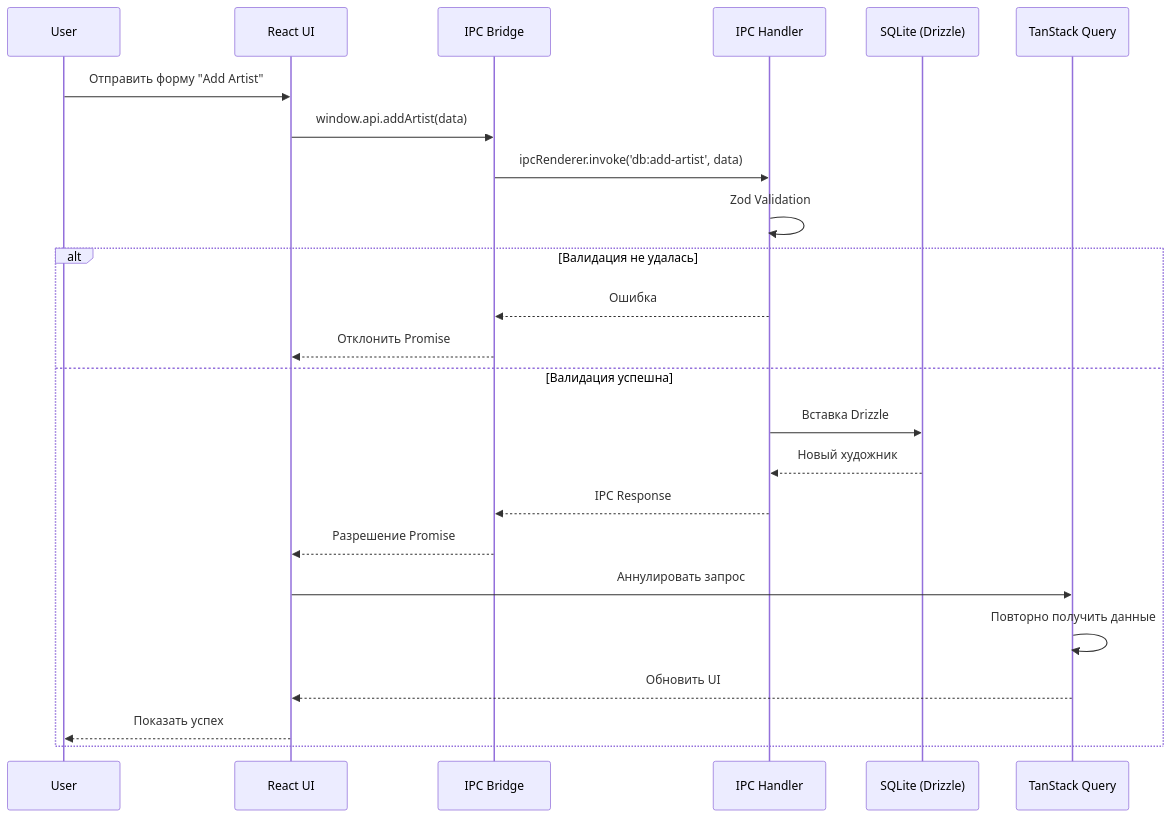
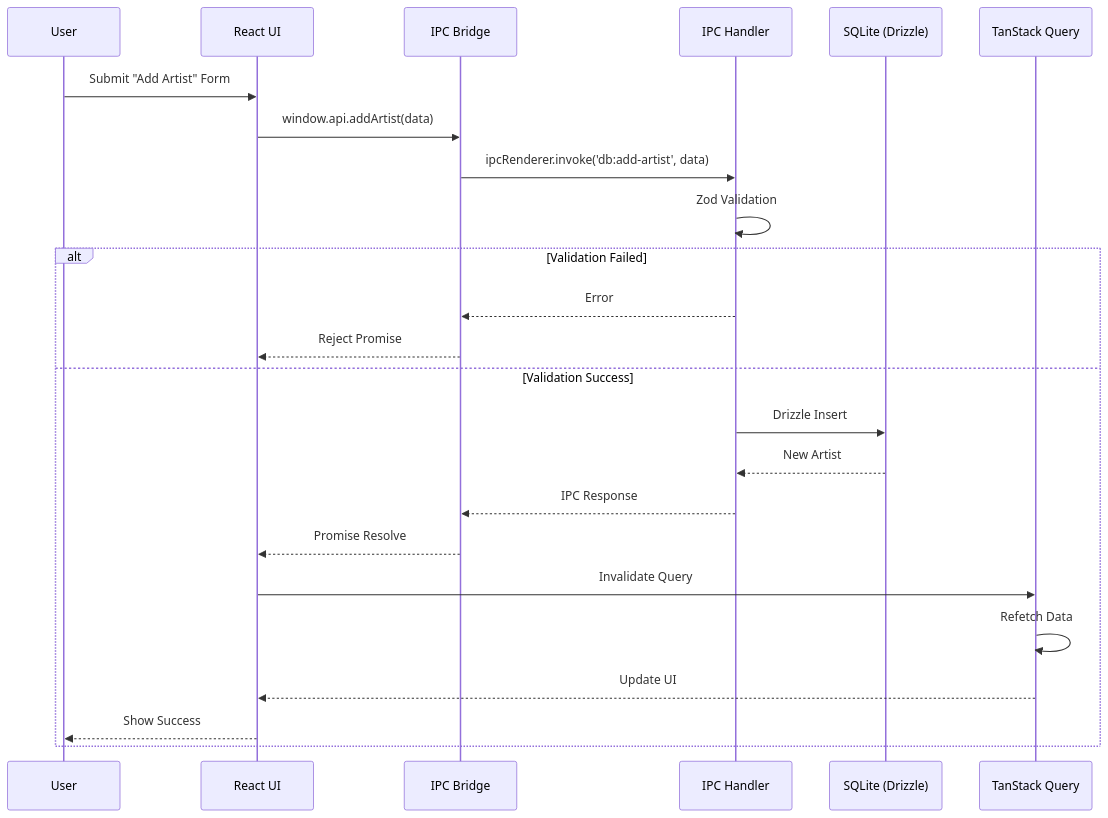
Before and after one commit to KazeKaze93/RuleDesk: the eighth of 11 diagrams in .docs-i18n/ru/docs/architecture.md, drawn with Mermaid. The commit also changed other lines of this file and 8 other files, not shown here.

````diff
--- a/.docs-i18n/ru/docs/architecture.md
+++ b/.docs-i18n/ru/docs/architecture.md
@@ -916,27 +925,27 @@
 ```mermaid
 sequenceDiagram
     participant User
     participant ReactUI as React UI
     participant Bridge as IPC Bridge
     participant IPC as IPC Handler
     participant DB as SQLite (Drizzle)
     participant ReactQuery as TanStack Query
 
-    User->>ReactUI: Отправить форму "Add Artist"
+    User->>ReactUI: Submit "Add Artist" Form
     ReactUI->>Bridge: window.api.addArtist(data)
     Bridge->>IPC: ipcRenderer.invoke('db:add-artist', data)
     IPC->>IPC: Zod Validation
-    alt Валидация не удалась
-        IPC-->>Bridge: Ошибка
-        Bridge-->>ReactUI: Отклонить Promise
-    else Валидация успешна
-        IPC->>DB: Вставка Drizzle
-        DB-->>IPC: Новый художник
+    alt Validation Failed
+        IPC-->>Bridge: Error
+        Bridge-->>ReactUI: Reject Promise
+    else Validation Success
+        IPC->>DB: Drizzle Insert
+        DB-->>IPC: New Artist
         IPC-->>Bridge: IPC Response
-        Bridge-->>ReactUI: Разрешение Promise
-        ReactUI->>ReactQuery: Аннулировать запрос
-        ReactQuery->>ReactQuery: Повторно получить данные
-        ReactQuery-->>ReactUI: Обновить UI
-        ReactUI-->>User: Показать успех
+        Bridge-->>ReactUI: Promise Resolve
+        ReactUI->>ReactQuery: Invalidate Query
+        ReactQuery->>ReactQuery: Refetch Data
+        ReactQuery-->>ReactUI: Update UI
+        ReactUI-->>User: Show Success
     end
 ```
````
